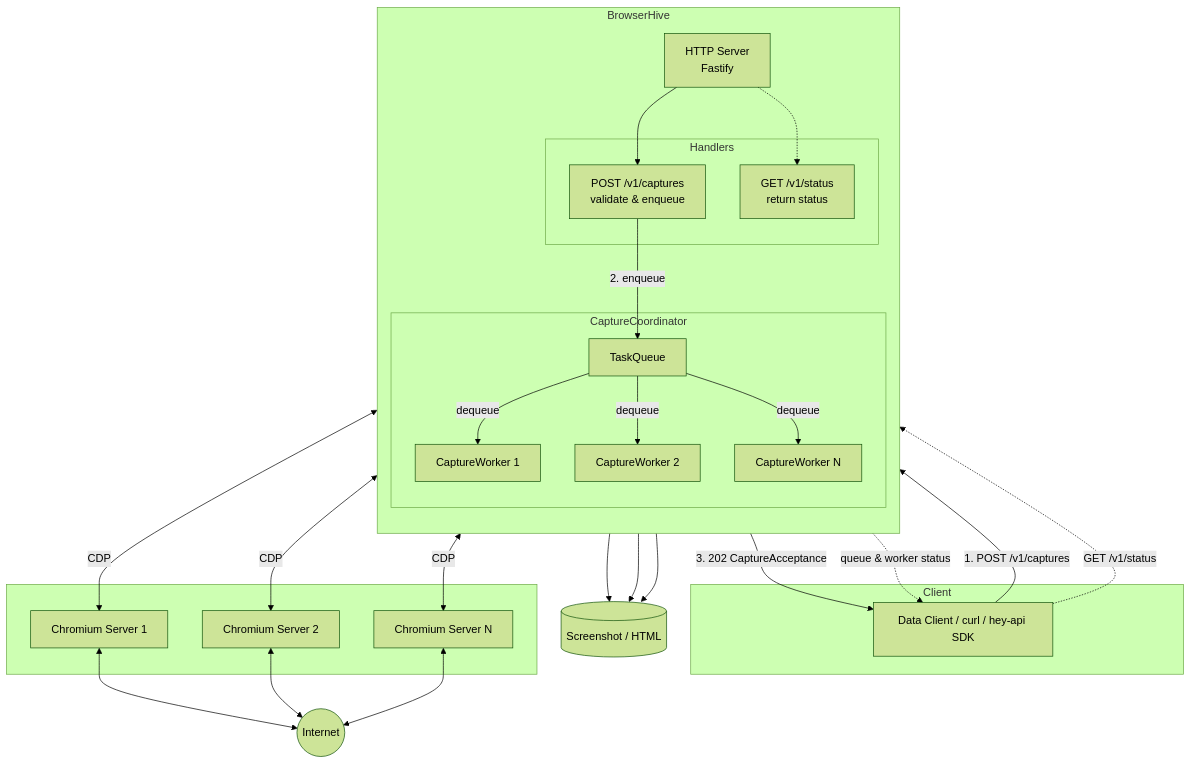
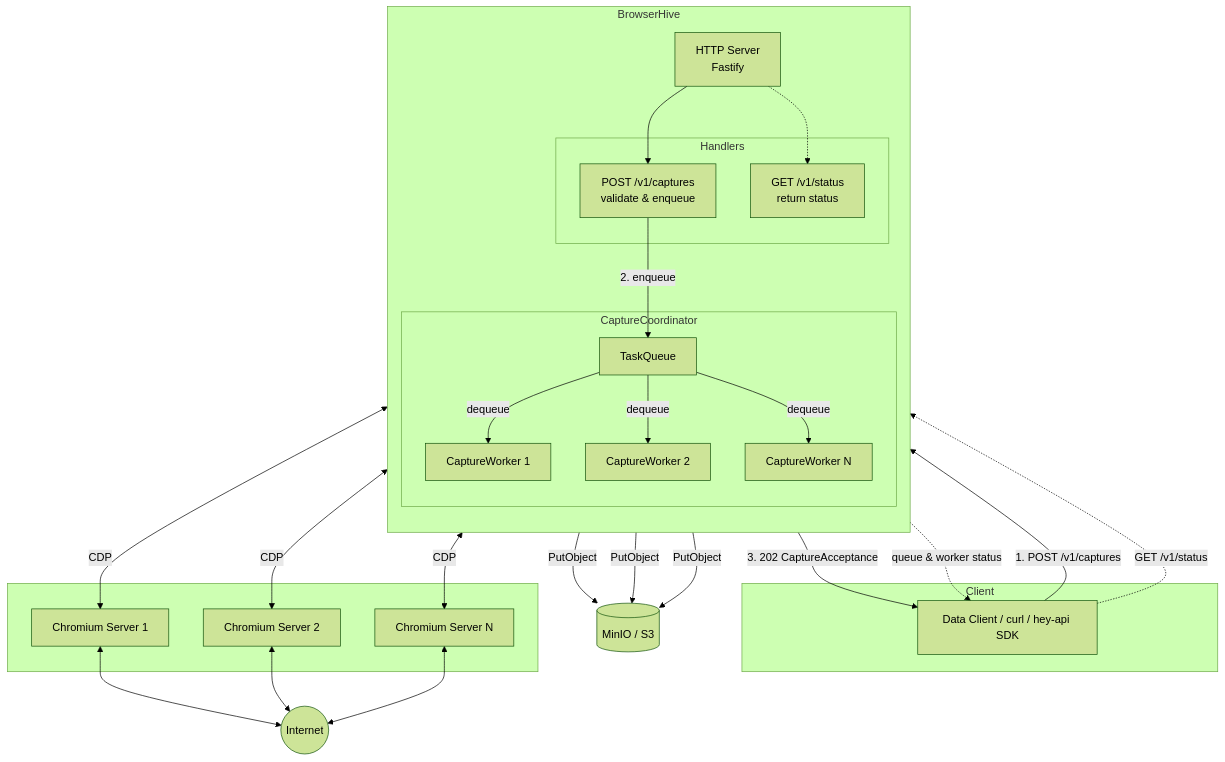
The diagram in README.md (uraitakahito/browserhive), drawn with Mermaid (forest theme) before and after one commit. The commit also changed other lines of this file and 1 other file, not shown here.

First line of the commit message:
docs!: rewrite storage section for S3-only

````diff
--- a/README.md
+++ b/README.md
@@ -25,51 +26,51 @@
 ```mermaid
 flowchart TB
     subgraph Client
         CLI[Data Client / curl / hey-api SDK]
     end
 
     subgraph BrowserHive["BrowserHive"]
         direction TB
         Server[HTTP Server<br/>Fastify]
         subgraph Handlers["Handlers"]
             SubmitCaptureHandler[POST /v1/captures<br/>validate & enqueue]
             GetStatusHandler[GET /v1/status<br/>return status]
         end
         subgraph CaptureCoordinator
             Queue[TaskQueue]
             Worker1[CaptureWorker 1]
             Worker2[CaptureWorker 2]
             Worker3[CaptureWorker N]
         end
     end
 
     subgraph ChromiumServers[" "]
         Browser1[Chromium Server 1]
         Browser2[Chromium Server 2]
         Browser3[Chromium Server N]
     end
 
     Internet((Internet))
 
-    Files[(Screenshot / HTML)]
+    Storage[(MinIO / S3)]
 
     CLI -->|"1. POST /v1/captures"| Server
     Server --> SubmitCaptureHandler
     SubmitCaptureHandler -->|"2. enqueue"| Queue
     SubmitCaptureHandler -->|"3. 202 CaptureAcceptance"| CLI
     CLI -.->|"GET /v1/status"| Server
     Server -.-> GetStatusHandler
     GetStatusHandler -.->|"queue & worker status"| CLI
     Queue -->|dequeue| Worker1
     Queue -->|dequeue| Worker2
     Queue -->|dequeue| Worker3
     Worker1 <-->|CDP| Browser1
     Worker2 <-->|CDP| Browser2
     Worker3 <-->|CDP| Browser3
     Browser1 <--> Internet
     Browser2 <--> Internet
     Browser3 <--> Internet
-    Worker1 --> Files
-    Worker2 --> Files
-    Worker3 --> Files
+    Worker1 -->|"PutObject"| Storage
+    Worker2 -->|"PutObject"| Storage
+    Worker3 -->|"PutObject"| Storage
 ```
````
